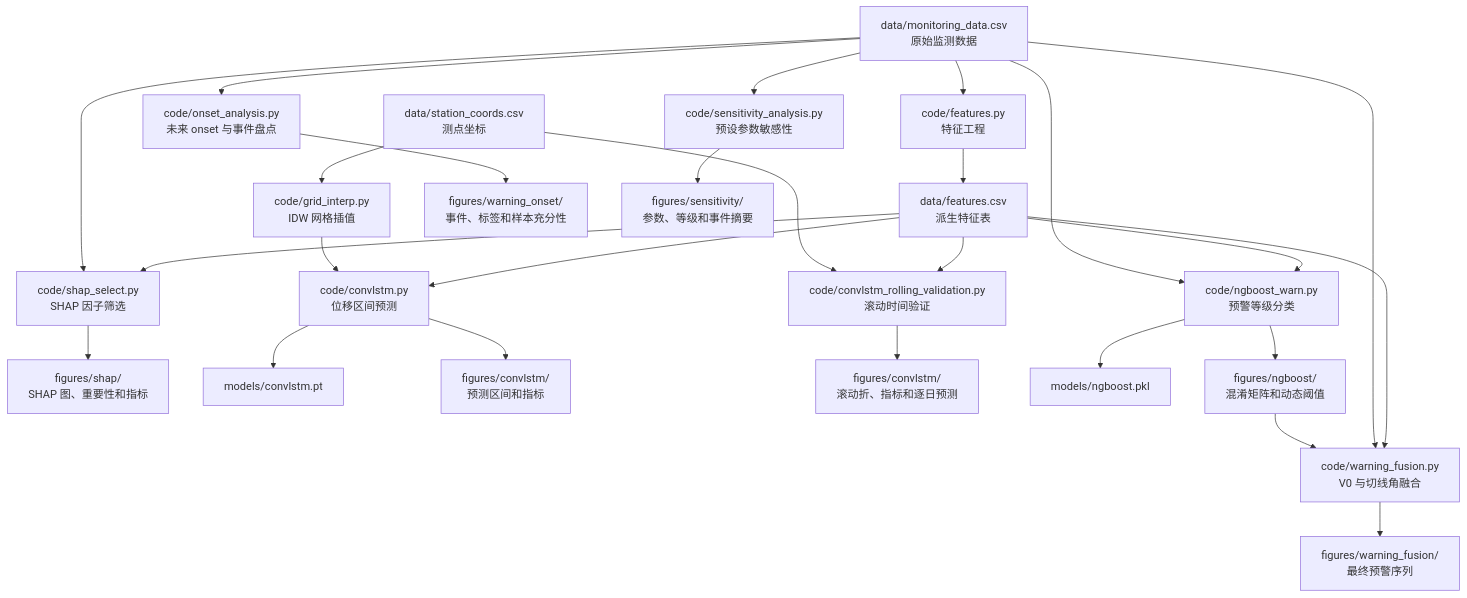
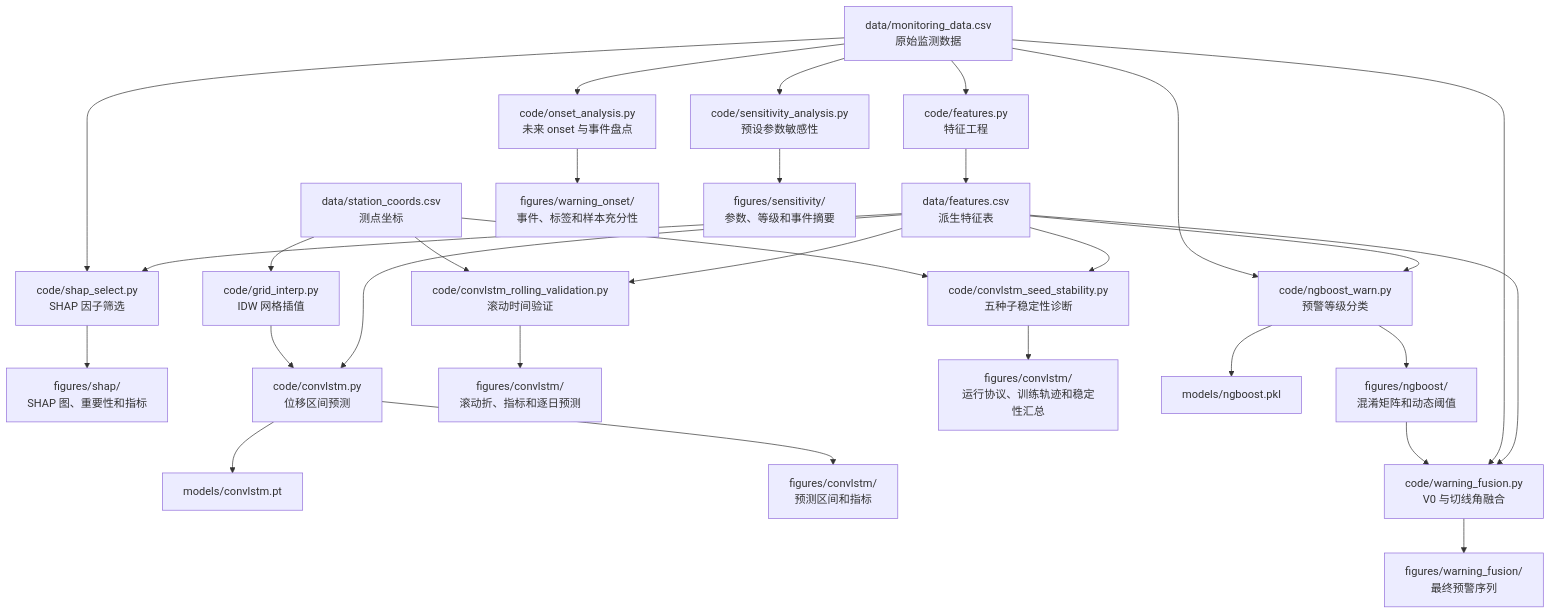
The diagram in README.md (wcqqq1214/Landslide-Warning), drawn with Mermaid before and after one commit. The commit also changed other lines of this file and 15 other files, not shown here.

Commit message:
feat: add convlstm seed stability diagnostics

````diff
--- a/README.md
+++ b/README.md
@@ -154,28 +160,31 @@
 ```mermaid
 flowchart TD
     A["data/monitoring_data.csv<br/>原始监测数据"] --> B["code/features.py<br/>特征工程"]
     B --> C["data/features.csv<br/>派生特征表"]
     C --> D["code/shap_select.py<br/>SHAP 因子筛选"]
     A --> D
     D --> E["figures/shap/<br/>SHAP 图、重要性和指标"]
     C --> F["code/convlstm.py<br/>位移区间预测"]
     G["data/station_coords.csv<br/>测点坐标"] --> H["code/grid_interp.py<br/>IDW 网格插值"]
     H --> F
     F --> I["models/convlstm.pt"]
     F --> J["figures/convlstm/<br/>预测区间和指标"]
     C --> T["code/convlstm_rolling_validation.py<br/>滚动时间验证"]
     G --> T
     T --> U["figures/convlstm/<br/>滚动折、指标和逐日预测"]
+    C --> V["code/convlstm_seed_stability.py<br/>五种子稳定性诊断"]
+    G --> V
+    V --> W["figures/convlstm/<br/>运行协议、训练轨迹和稳定性汇总"]
     C --> K["code/ngboost_warn.py<br/>预警等级分类"]
     A --> K
     K --> L["models/ngboost.pkl"]
     K --> M["figures/ngboost/<br/>混淆矩阵和动态阈值"]
     C --> N["code/warning_fusion.py<br/>V0 与切线角融合"]
     A --> N
     M --> N
     N --> O["figures/warning_fusion/<br/>最终预警序列"]
     A --> P["code/onset_analysis.py<br/>未来 onset 与事件盘点"]
     P --> Q["figures/warning_onset/<br/>事件、标签和样本充分性"]
     A --> R["code/sensitivity_analysis.py<br/>预设参数敏感性"]
     R --> S["figures/sensitivity/<br/>参数、等级和事件摘要"]
 ```
````
